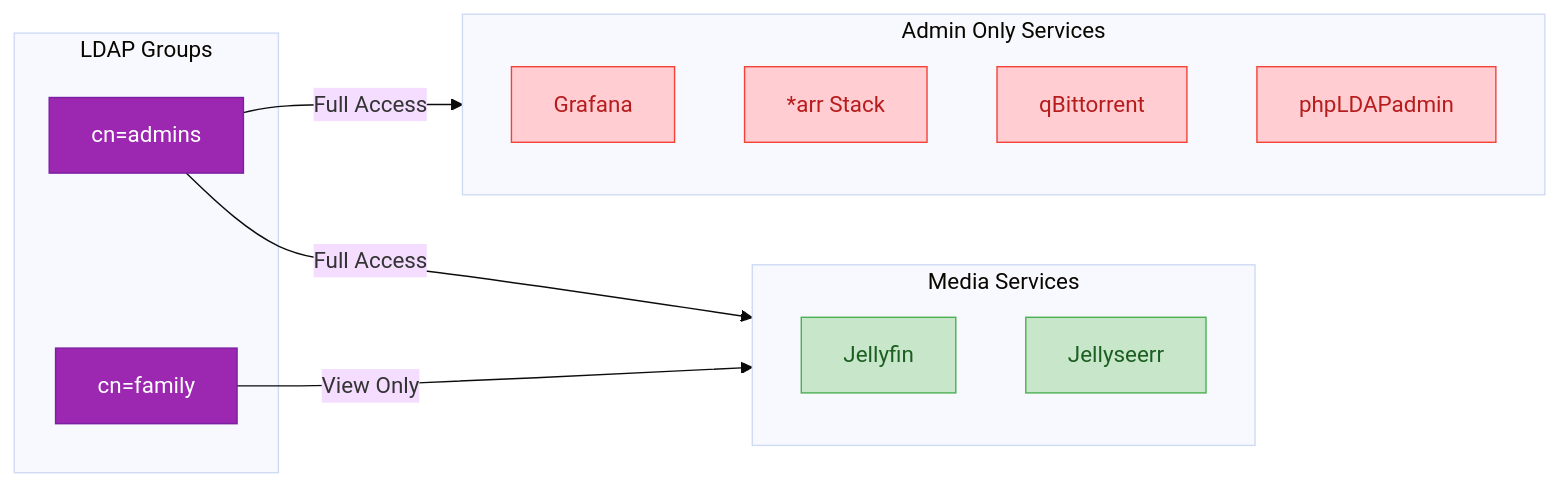
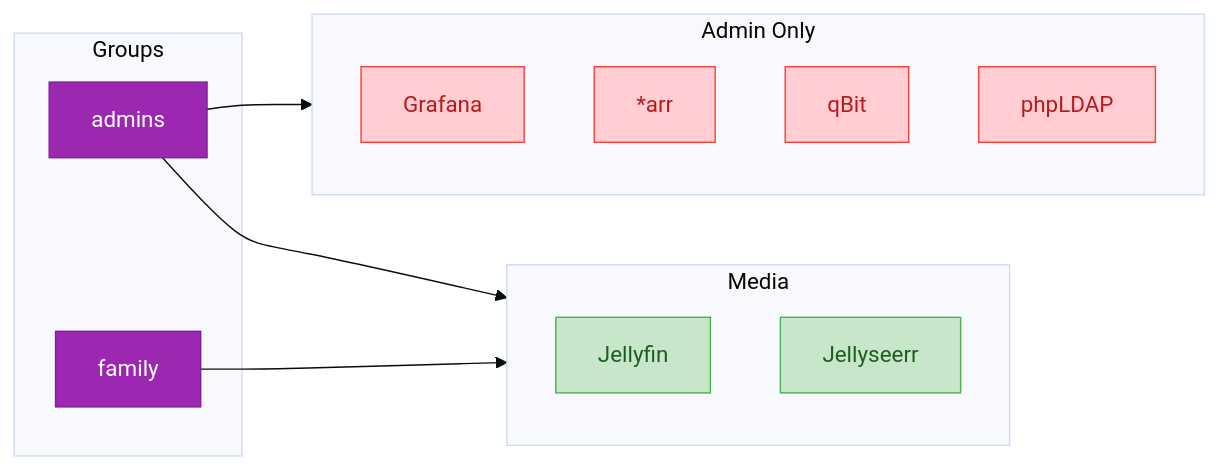
Before and after one commit to Mykyta-Home-Server/homeserver: the fourth of 4 diagrams in docs-site/src/content/docs/guides/ldap.mdx, drawn with Mermaid (base theme). The commit also changed other lines of this file and 2 other files, not shown here.

First line of the commit message:
Fix diagram labels: remove cutoff text, use short clear labels

````diff
--- a/docs-site/src/content/docs/guides/ldap.mdx
+++ b/docs-site/src/content/docs/guides/ldap.mdx
@@ -214,31 +214,31 @@
 ```mermaid
 flowchart LR
-    subgraph groups[LDAP Groups]
-        Admins[cn=admins]
-        Family[cn=family]
+    subgraph groups[Groups]
+        Admins[admins]
+        Family[family]
     end
 
-    subgraph admin[Admin Only Services]
+    subgraph admin[Admin Only]
         Grafana[Grafana]
-        Arr[*arr Stack]
-        qBit[qBittorrent]
-        phpLDAP[phpLDAPadmin]
+        Arr[*arr]
+        qBit[qBit]
+        phpLDAP[phpLDAP]
     end
 
-    subgraph media[Media Services]
+    subgraph media[Media]
         Jellyfin[Jellyfin]
         Jellyseerr[Jellyseerr]
     end
 
-    Admins -->|Full Access| admin
-    Admins -->|Full Access| media
-    Family -->|View Only| media
+    Admins --> admin
+    Admins --> media
+    Family --> media
 
     classDef groupStyle fill:#9c27b0,stroke:#7b1fa2,color:#fff
     classDef adminStyle fill:#ffcdd2,stroke:#f44336,color:#b71c1c
     classDef mediaStyle fill:#c8e6c9,stroke:#4caf50,color:#1b5e20
 
     class Admins,Family groupStyle
     class Grafana,Arr,qBit,phpLDAP adminStyle
     class Jellyfin,Jellyseerr mediaStyle
 ```
````
